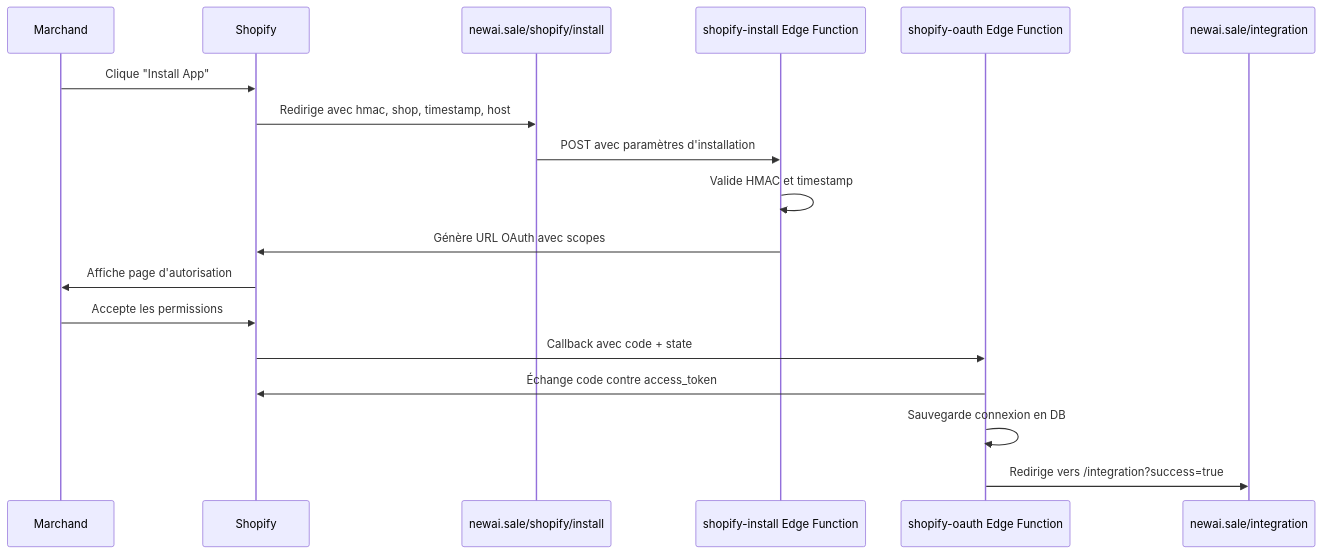
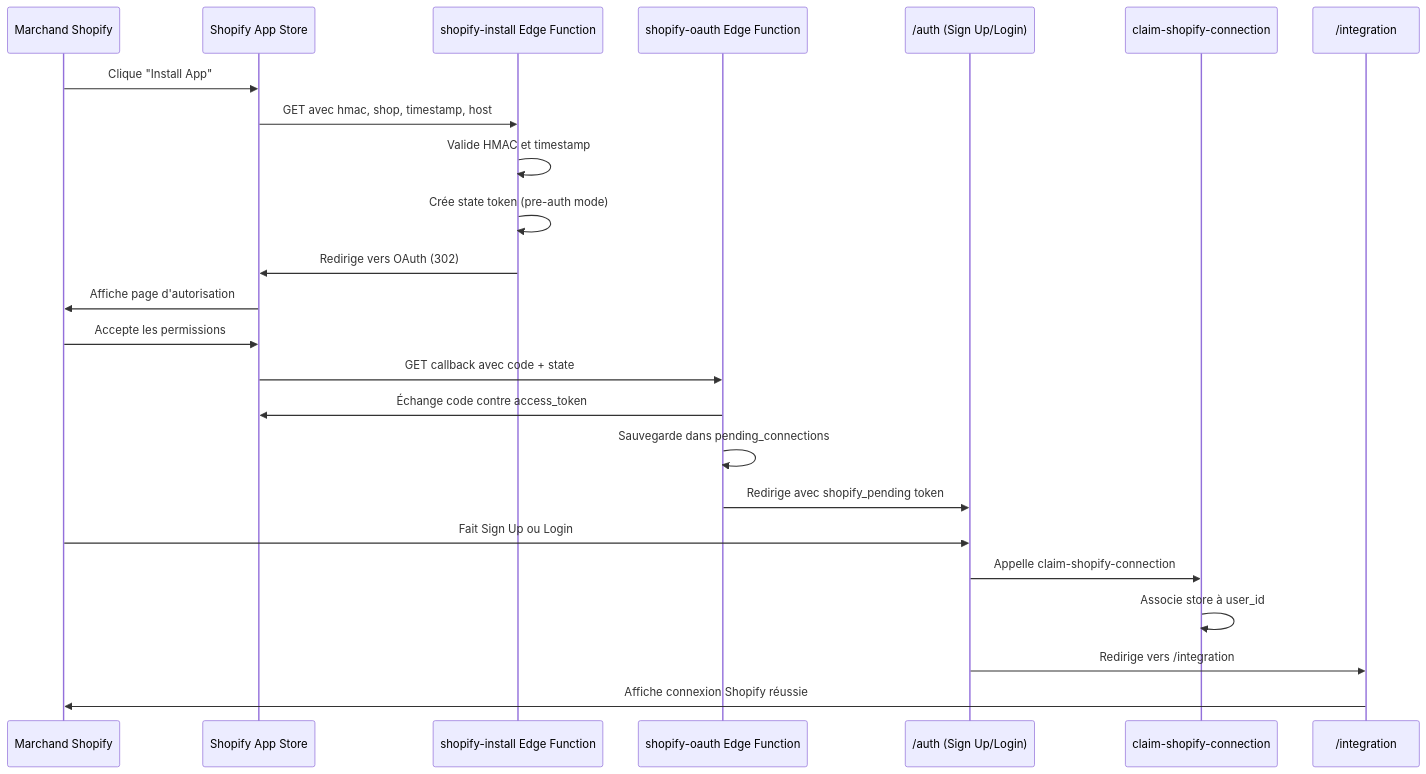
Before and after one commit to Otmane2020/newaicloud: the diagram in docs/SHOPIFY_OAUTH_SETUP.md, drawn with Mermaid. The commit also changed other lines of this file and 1 other file, not shown here.

Commit message:
Connect to Lovable Cloud
Update Shopify installation flow to use the edge function for OAuth initiation. This ensures that the App URL in the Shopify Partner Dashboard correctly points to the edge function, which handles HMAC validation, timestamp checks, and initiates the OAuth flow, including pre-auth mode for installation before user signup. The documentation has also been updated to reflect this change.

````diff
--- a/docs/SHOPIFY_OAUTH_SETUP.md
+++ b/docs/SHOPIFY_OAUTH_SETUP.md
@@ -65,21 +74,27 @@
 ```mermaid
 sequenceDiagram
-    participant M as Marchand
-    participant S as Shopify
-    participant A as newai.sale/shopify/install
-    participant E as shopify-install Edge Function
-    participant O as shopify-oauth Edge Function
-    participant D as newai.sale/integration
+    participant M as Marchand Shopify
+    participant S as Shopify App Store
+    participant I as shopify-install Edge Function
+    participant O as shopify-oauth Edge Function  
+    participant A as /auth (Sign Up/Login)
+    participant C as claim-shopify-connection
+    participant D as /integration
 
     M->>S: Clique "Install App"
-    S->>A: Redirige avec hmac, shop, timestamp, host
-    A->>E: POST avec paramètres d'installation
-    E->>E: Valide HMAC et timestamp
-    E->>S: Génère URL OAuth avec scopes
+    S->>I: GET avec hmac, shop, timestamp, host
+    I->>I: Valide HMAC et timestamp
+    I->>I: Crée state token (pre-auth mode)
+    I->>S: Redirige vers OAuth (302)
     S->>M: Affiche page d'autorisation
     M->>S: Accepte les permissions
-    S->>O: Callback avec code + state
+    S->>O: GET callback avec code + state
     O->>S: Échange code contre access_token
-    O->>O: Sauvegarde connexion en DB
-    O->>D: Redirige vers /integration?success=true
+    O->>O: Sauvegarde dans pending_connections
+    O->>A: Redirige avec shopify_pending token
+    M->>A: Fait Sign Up ou Login
+    A->>C: Appelle claim-shopify-connection
+    C->>C: Associe store à user_id
+    A->>D: Redirige vers /integration
+    D->>M: Affiche connexion Shopify réussie
 ```
````
